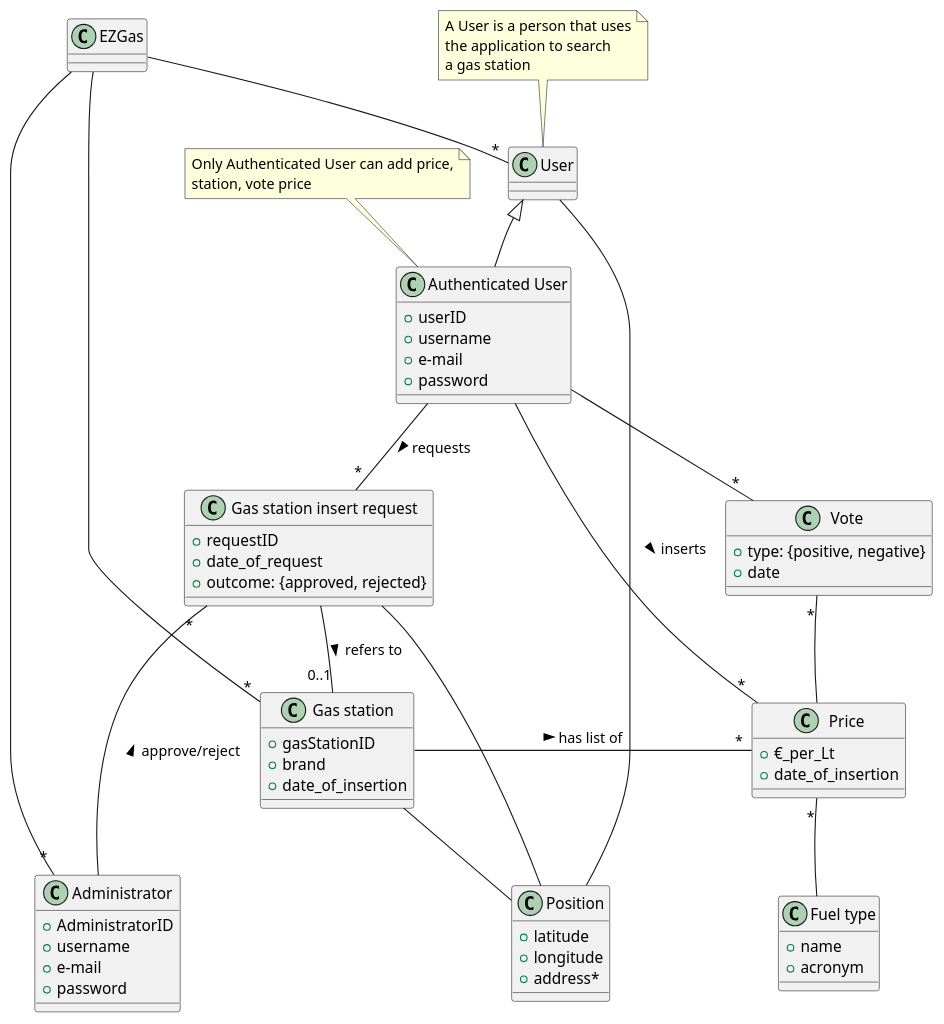
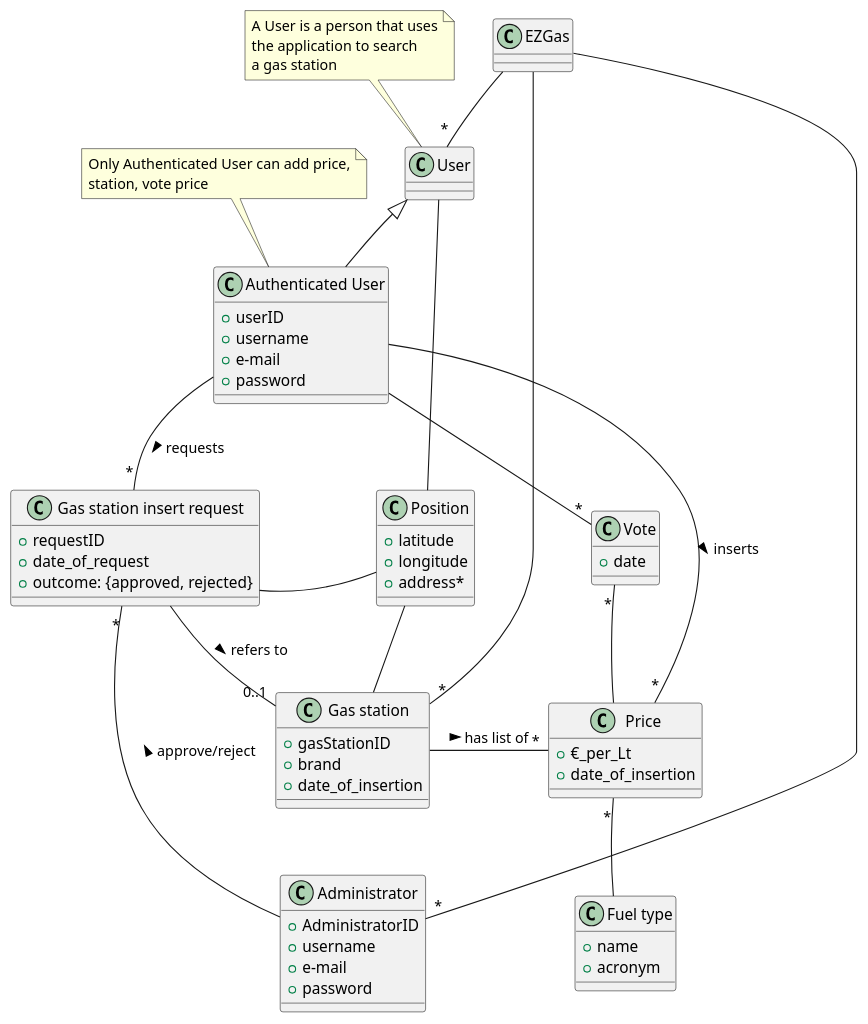
Before and after one commit to SE2-group4/SE1-project: the third of 3 diagrams in docs/RequirementsDocument.md, drawn with PlantUML. The commit also changed other lines of this file, not shown here.

````diff
--- a/docs/RequirementsDocument.md
+++ b/docs/RequirementsDocument.md
@@ -298,7 +298,6 @@
 }
 
 class Vote{
-  + type: {positive, negative}
   + date
 }
 
@@ -308,14 +307,14 @@
 	+ address*
 }
 
-User -- Position
+User - Position
 User <|-- "Authenticated User"
 EZGas -- "*" User
 EZGas -- "*" "Gas station"
 EZGas -- "*" Administrator
 Price "*" -- "Fuel type"
 "Gas station" -- "*" Price : has list of >
-"Gas station" -- Position
+"Gas station" - Position
 "Authenticated User" -- "*" Vote
 "Authenticated User" -- "*" Price : inserts >
 "Authenticated User" -- "*" "Gas station insert request" : requests >
@@ -335,15 +334,16 @@
 ' --[hidden]> : top to bottom
 EZGas --[hidden]> User
 User --[hidden]> "Authenticated User"
-Position -[hidden]> User
-EZGas --[hidden]> "Gas station"
+
 "Authenticated User" --[hidden]> "Gas station insert request"
+"Authenticated User" --[hidden]>  "Gas station"
 "Gas station insert request" -[hidden]> Vote
 Vote --[hidden]> Price
 "Gas station" --[hidden]> "Administrator"
 "Gas station" -[hidden]> Price
 "Gas station insert request" --[hidden]> "Gas station"
 Price --[hidden]> "Fuel type"
+Position -[hidden]> "Gas station insert request"
 
 @enduml
 ```
````
